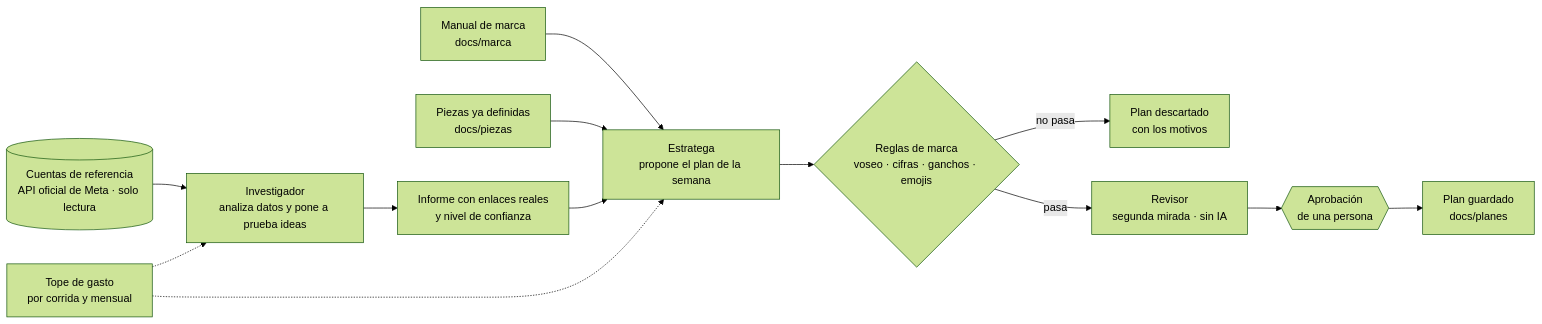
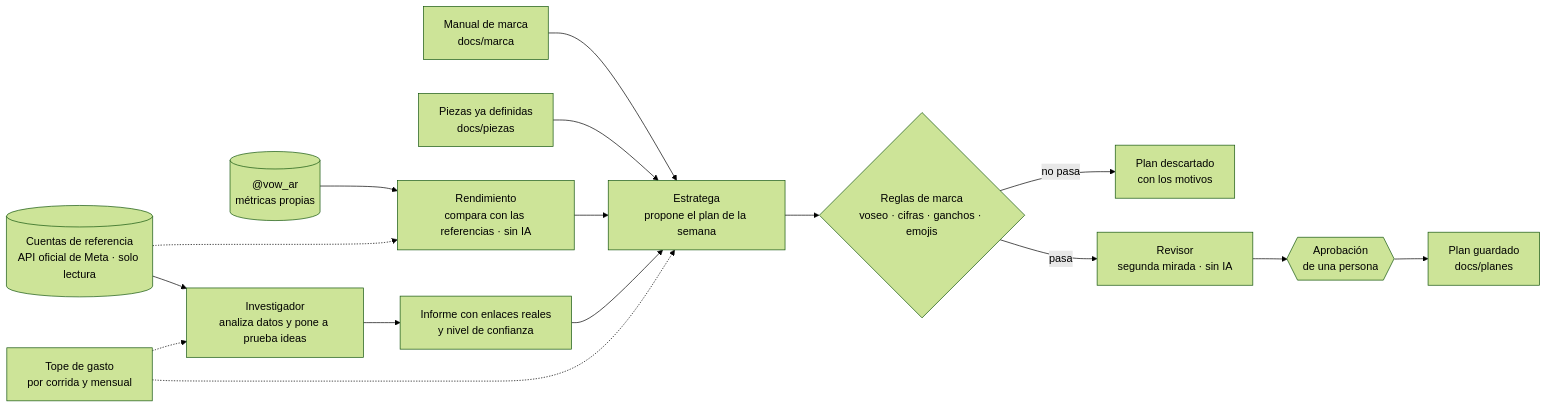
The second of 2 diagrams in README.md (FacundoGuiraldes/vow), drawn with Mermaid (forest theme) before and after one commit. The commit also changed other lines of this file and 9 other files, not shown here.

First line of the commit message:
Rendimiento de @vow_ar contra las referencias, leído por el Estratega

````diff
--- a/README.md
+++ b/README.md
@@ -108,15 +109,18 @@
 ```mermaid
 flowchart LR
     meta[("Cuentas de referencia<br/>API oficial de Meta · solo lectura")] --> inv["Investigador<br/>analiza datos y pone a prueba ideas"]
     inv --> informe["Informe con enlaces reales<br/>y nivel de confianza"]
     cerebro["Manual de marca<br/>docs/marca"] --> est
     definidas["Piezas ya definidas<br/>docs/piezas"] --> est
+    propia[("@vow_ar<br/>métricas propias")] --> rend["Rendimiento<br/>compara con las referencias · sin IA"]
+    meta -.-> rend
+    rend --> est
     informe --> est["Estratega<br/>propone el plan de la semana"]
     est --> reglas{"Reglas de marca<br/>voseo · cifras · ganchos · emojis"}
     reglas -->|"no pasa"| descarte["Plan descartado<br/>con los motivos"]
     reglas -->|"pasa"| rev["Revisor<br/>segunda mirada · sin IA"]
     rev --> aprob{{"Aprobación<br/>de una persona"}}
     aprob --> plan["Plan guardado<br/>docs/planes"]
     tope["Tope de gasto<br/>por corrida y mensual"] -.-> inv
     tope -.-> est
 ```
````
